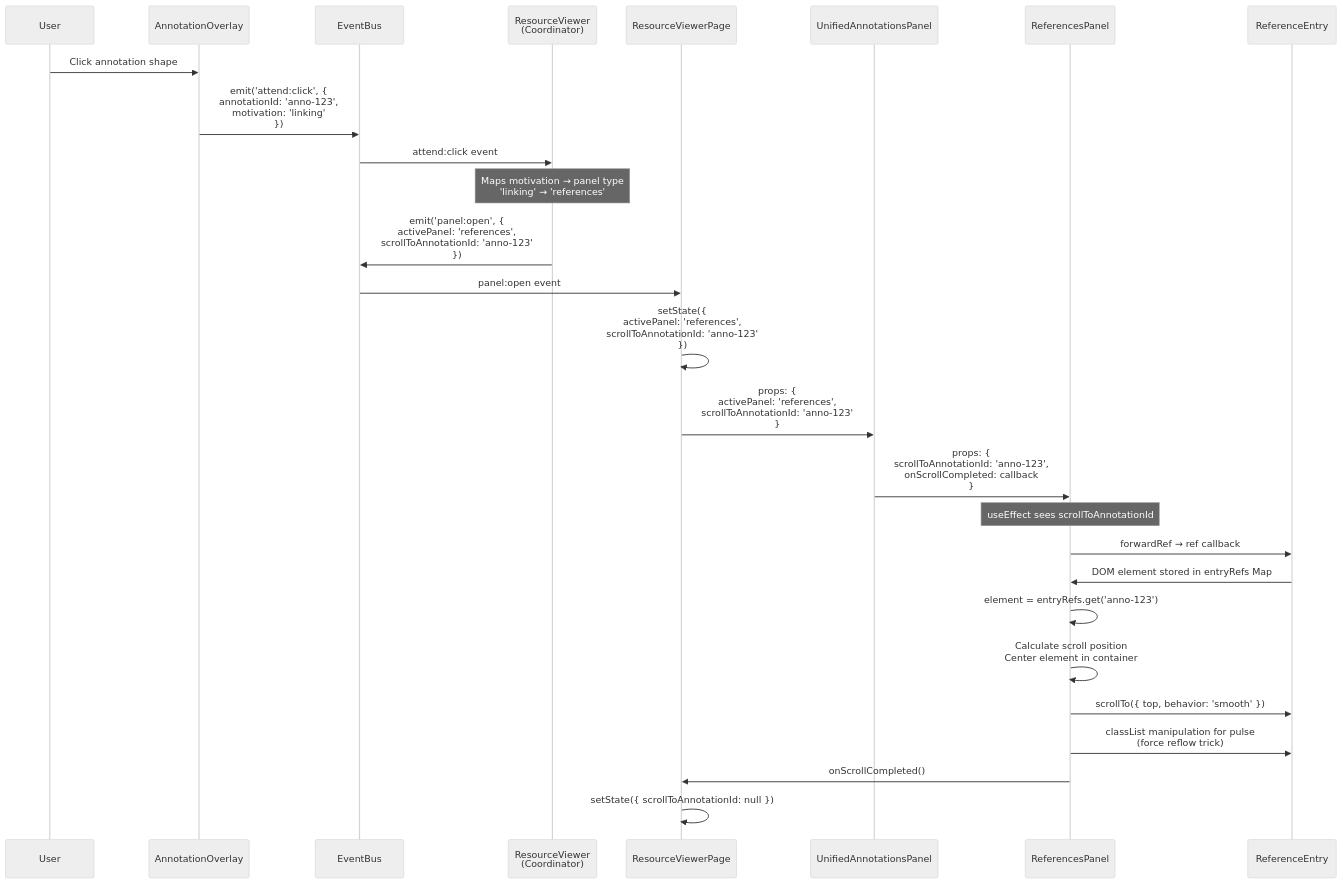
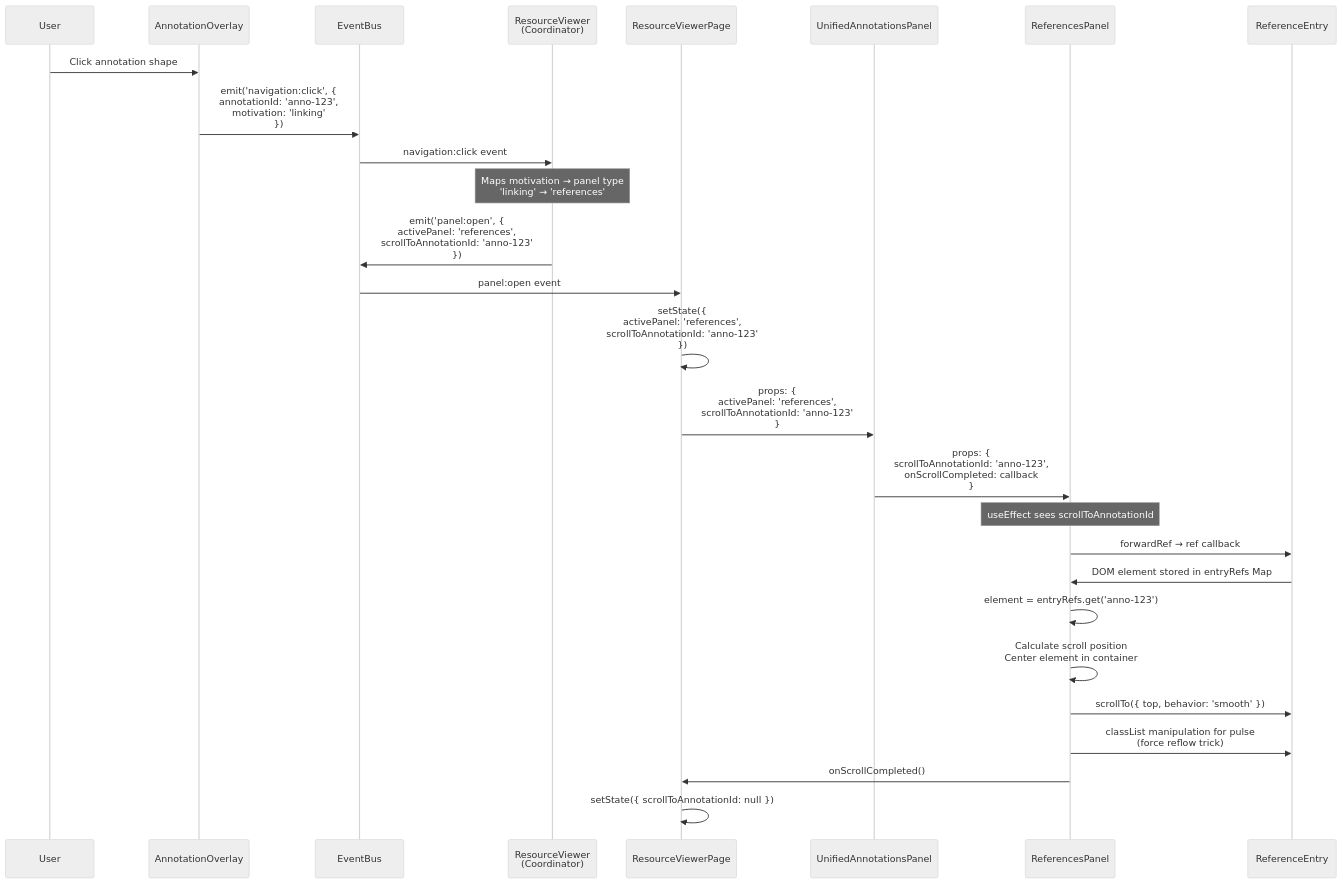
The first of 3 diagrams in packages/react-ui/docs/ANNOTATION-CLICK.md (The-AI-Alliance/semiont), drawn with Mermaid (neutral theme) before and after one commit. The commit also changed other lines of this file and 33 other files, not shown here.

Commit message:
move some attend: events to navigation:

````diff
--- a/packages/react-ui/docs/ANNOTATION-CLICK.md
+++ b/packages/react-ui/docs/ANNOTATION-CLICK.md
@@ -144,38 +144,38 @@
 ```mermaid
 sequenceDiagram
     participant User
     participant Overlay as AnnotationOverlay
     participant Bus as EventBus
     participant Coord as ResourceViewer<br/>(Coordinator)
     participant Page as ResourceViewerPage
     participant Panel as UnifiedAnnotationsPanel
     participant Specific as ReferencesPanel
     participant Entry as ReferenceEntry
 
     User->>Overlay: Click annotation shape
-    Overlay->>Bus: emit('attend:click', {<br/>  annotationId: 'anno-123',<br/>  motivation: 'linking'<br/>})
-    Bus->>Coord: attend:click event
+    Overlay->>Bus: emit('navigation:click', {<br/>  annotationId: 'anno-123',<br/>  motivation: 'linking'<br/>})
+    Bus->>Coord: navigation:click event
 
     Note over Coord: Maps motivation → panel type<br/>'linking' → 'references'
 
     Coord->>Bus: emit('panel:open', {<br/>  activePanel: 'references',<br/>  scrollToAnnotationId: 'anno-123'<br/>})
     Bus->>Page: panel:open event
 
     Page->>Page: setState({<br/>  activePanel: 'references',<br/>  scrollToAnnotationId: 'anno-123'<br/>})
 
     Page->>Panel: props: {<br/>  activePanel: 'references',<br/>  scrollToAnnotationId: 'anno-123'<br/>}
     Panel->>Specific: props: {<br/>  scrollToAnnotationId: 'anno-123',<br/>  onScrollCompleted: callback<br/>}
 
     Note over Specific: useEffect sees scrollToAnnotationId
 
     Specific->>Entry: forwardRef → ref callback
     Entry->>Specific: DOM element stored in entryRefs Map
 
     Specific->>Specific: element = entryRefs.get('anno-123')
     Specific->>Specific: Calculate scroll position<br/>Center element in container
     Specific->>Entry: scrollTo({ top, behavior: 'smooth' })
     Specific->>Entry: classList manipulation for pulse<br/>(force reflow trick)
     Specific->>Page: onScrollCompleted()
 
     Page->>Page: setState({ scrollToAnnotationId: null })
 ```
````
